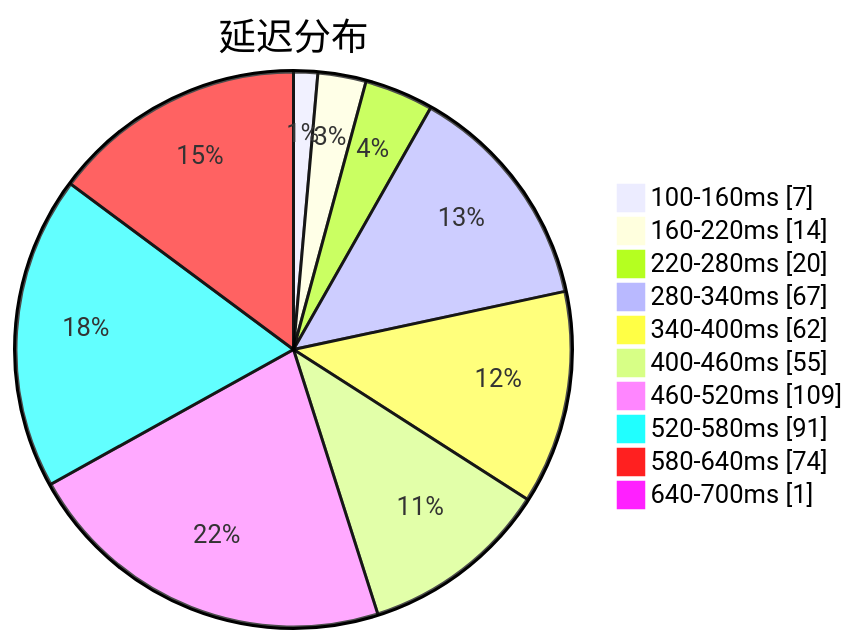
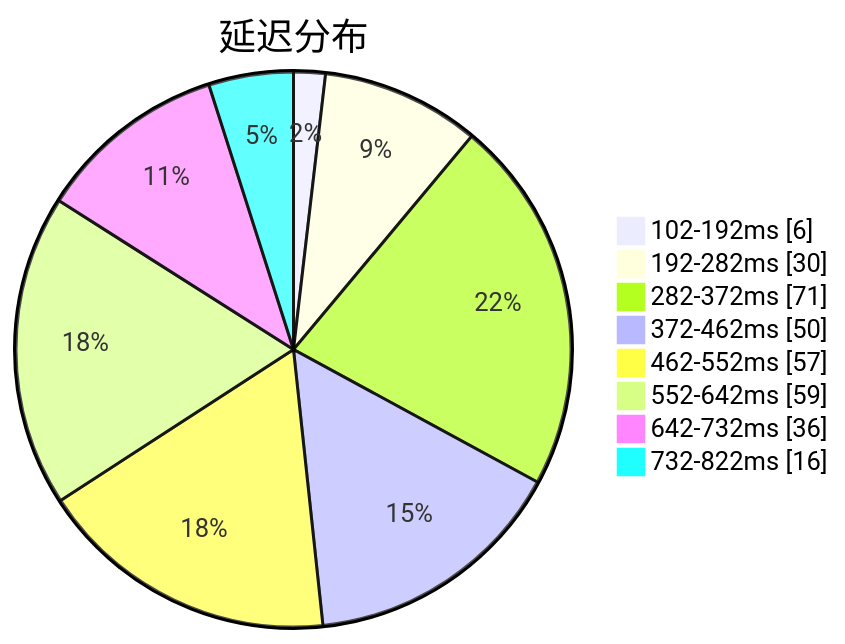
One commit to sinspired/airport changed the first of 3 diagrams in subs/statistics/tested_within.md. Above: the diagram before and after it, drawn with Mermaid. The commit also changed other lines of this file and 2 other files, not shown here.

````diff
--- a/subs/statistics/tested_within.md
+++ b/subs/statistics/tested_within.md
@@ -2,14 +2,12 @@
 ```mermaid
 pie showData
 title 延迟分布
-"100-160ms" : 7
-"160-220ms" : 14
-"220-280ms" : 20
-"280-340ms" : 67
-"340-400ms" : 62
-"400-460ms" : 55
-"460-520ms" : 109
-"520-580ms" : 91
-"580-640ms" : 74
-"640-700ms" : 1
+"102-192ms" : 6
+"192-282ms" : 30
+"282-372ms" : 71
+"372-462ms" : 50
+"462-552ms" : 57
+"552-642ms" : 59
+"642-732ms" : 36
+"732-822ms" : 16
 ```
````
